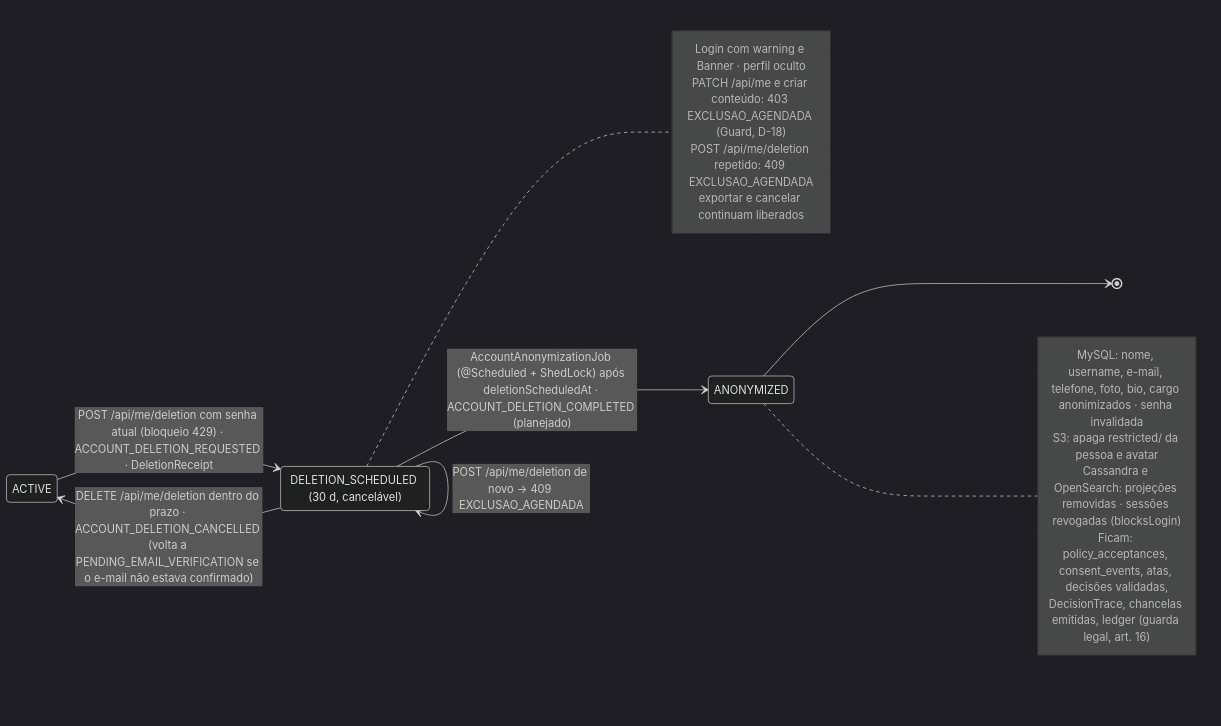
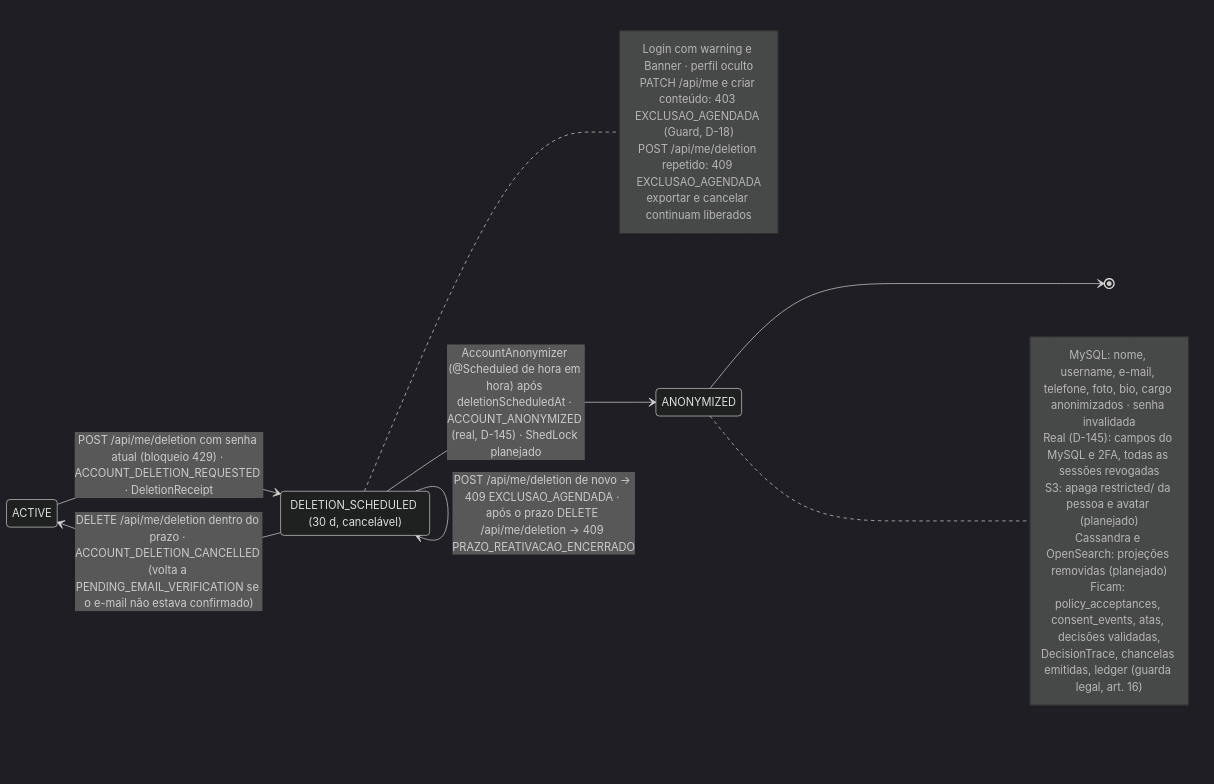
Before and after one commit to MatheusHaliski/Decia-app-2026: the ninth of 9 diagrams in docs/diagramas/RF3/README.md, drawn with Mermaid (dark theme). The commit also changed other lines of this file and 4 other files, not shown here.

First line of the commit message:
docs(diagramas): casos de uso em RF1–RF3 e SEG; revisão de identidade

````diff
--- a/docs/diagramas/RF3/README.md
+++ b/docs/diagramas/RF3/README.md
@@ -603,26 +816,27 @@
 ```mermaid
 stateDiagram-v2
   direction LR
   state "ACTIVE" as ACT
   state "DELETION_SCHEDULED (30 d, cancelável)" as DEL
   state "ANONYMIZED" as ANO
 
   ACT --> DEL : POST /api/me/deletion com senha atual (bloqueio 429) · ACCOUNT_DELETION_REQUESTED · DeletionReceipt
   DEL --> ACT : DELETE /api/me/deletion dentro do prazo · ACCOUNT_DELETION_CANCELLED (volta a PENDING_EMAIL_VERIFICATION se o e-mail não estava confirmado)
-  DEL --> DEL : POST /api/me/deletion de novo → 409 EXCLUSAO_AGENDADA
-  DEL --> ANO : AccountAnonymizationJob (@Scheduled + ShedLock) após deletionScheduledAt · ACCOUNT_DELETION_COMPLETED (planejado)
+  DEL --> DEL : POST /api/me/deletion de novo → 409 EXCLUSAO_AGENDADA · após o prazo DELETE /api/me/deletion → 409 PRAZO_REATIVACAO_ENCERRADO
+  DEL --> ANO : AccountAnonymizer (@Scheduled de hora em hora) após deletionScheduledAt · ACCOUNT_ANONYMIZED (real, D-145) · ShedLock planejado
   ANO --> [*]
   note right of DEL
     Login com warning e Banner · perfil oculto
     PATCH /api/me e criar conteúdo: 403 EXCLUSAO_AGENDADA (Guard, D-18)
     POST /api/me/deletion repetido: 409 EXCLUSAO_AGENDADA
     exportar e cancelar continuam liberados
   end note
   note right of ANO
     MySQL: nome, username, e-mail, telefone, foto, bio, cargo anonimizados · senha invalidada
-    S3: apaga restricted/ da pessoa e avatar
-    Cassandra e OpenSearch: projeções removidas · sessões revogadas (blocksLogin)
+    Real (D-145): campos do MySQL e 2FA, todas as sessões revogadas
+    S3: apaga restricted/ da pessoa e avatar (planejado)
+    Cassandra e OpenSearch: projeções removidas (planejado)
     Ficam: policy_acceptances, consent_events, atas, decisões validadas,
     DecisionTrace, chancelas emitidas, ledger (guarda legal, art. 16)
   end note
 ```
````
